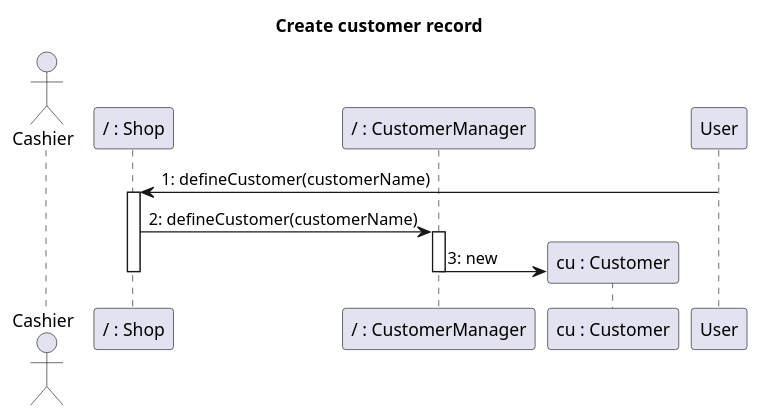
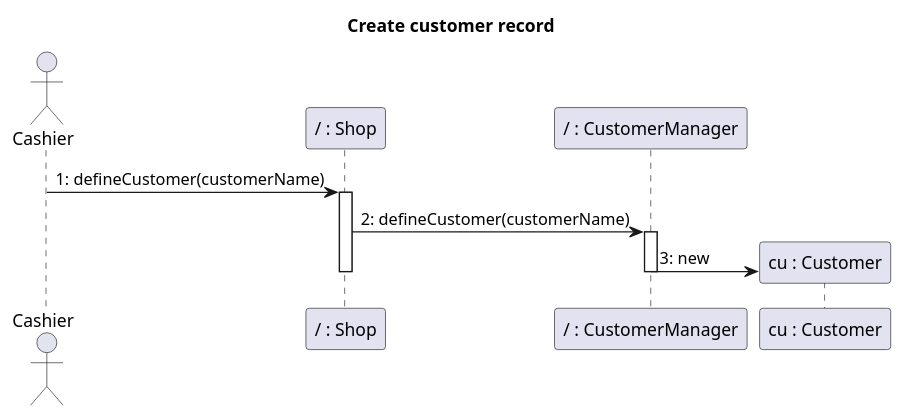
One commit to nicolabattaglino/ezshop changed diagram 12 of 32 in Deliverables/DesignDocument.md. Above: the diagram before and after it, drawn with PlantUML. The commit also changed other lines of this file, not shown here.

Commit message:
changes in seq. diagrams

````diff
--- a/Deliverables/DesignDocument.md
+++ b/Deliverables/DesignDocument.md
@@ -650,19 +649,19 @@
 ```plantuml
 @startuml
 
 title Create customer record
 actor Cashier
 participant "/ : Shop" as Shop
 participant "/ : CustomerManager" as CustomerManager
 participant "cu : Customer" as Customer
 
-User -> Shop: 1: defineCustomer(customerName)
+Cashier -> Shop: 1: defineCustomer(customerName)
 activate Shop
 Shop -> CustomerManager: 2: defineCustomer(customerName)
 activate CustomerManager
 create Customer
 CustomerManager -> Customer:3: new
 deactivate CustomerManager
 deactivate Shop
 @enduml
 ```
````
